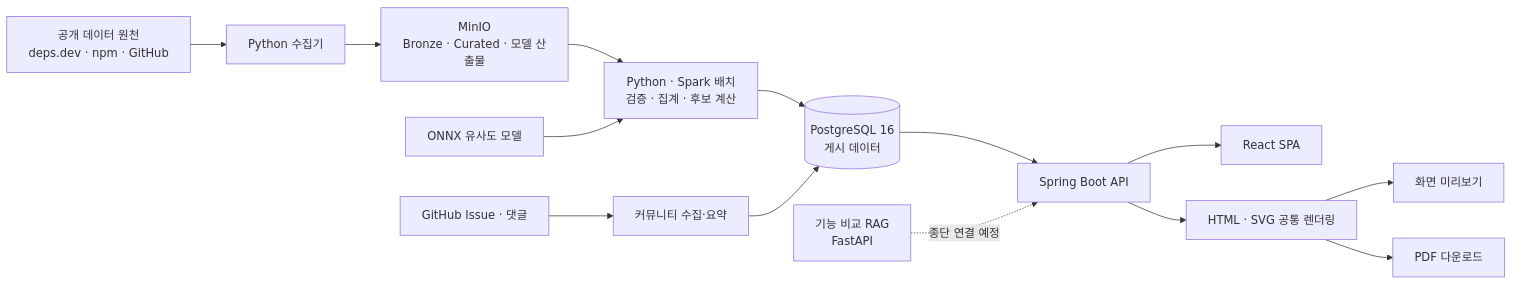
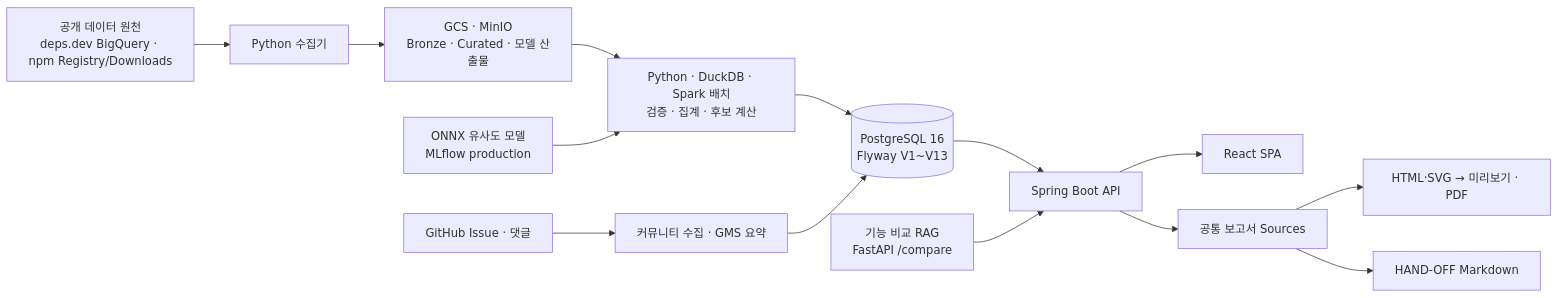
Before and after one commit to userofthefreedom/TIL: the diagram in projects/pickage.md, drawn with Mermaid. The commit also changed other lines of this file, not shown here.

First line of the commit message:
docs: update Pickage retrospective to final dev scope

````diff
--- a/projects/pickage.md
+++ b/projects/pickage.md
@@ -60,16 +89,16 @@
 ```mermaid
 flowchart LR
-    S[공개 데이터 원천<br/>deps.dev · npm · GitHub] --> C[Python 수집기]
-    C --> O[MinIO<br/>Bronze · Curated · 모델 산출물]
-    O --> P[Python · Spark 배치<br/>검증 · 집계 · 후보 계산]
-    P --> D[(PostgreSQL 16<br/>게시 데이터)]
+    S[공개 데이터 원천<br/>deps.dev BigQuery · npm Registry/Downloads] --> C[Python 수집기]
+    C --> O[GCS · MinIO<br/>Bronze · Curated · 모델 산출물]
+    O --> P[Python · DuckDB · Spark 배치<br/>검증 · 집계 · 후보 계산]
+    M[ONNX 유사도 모델<br/>MLflow production] --> P
+    P --> D[(PostgreSQL 16<br/>Flyway V1~V13)]
     D --> B[Spring Boot API]
+    G[기능 비교 RAG<br/>FastAPI /compare] --> B
+    H[GitHub Issue · 댓글] --> K[커뮤니티 수집 · GMS 요약]
+    K --> D
     B --> W[React SPA]
-    M[ONNX 유사도 모델] --> P
-    G[기능 비교 RAG<br/>FastAPI] -. 종단 연결 예정 .-> B
-    H[GitHub Issue · 댓글] --> K[커뮤니티 수집·요약]
-    K --> D
-    B --> R[HTML · SVG 공통 렌더링]
-    R --> V[화면 미리보기]
-    R --> F[PDF 다운로드]
+    B --> R[공통 보고서 Sources]
+    R --> V[HTML·SVG → 미리보기 · PDF]
+    R --> F[HAND-OFF Markdown]
 ```
````
